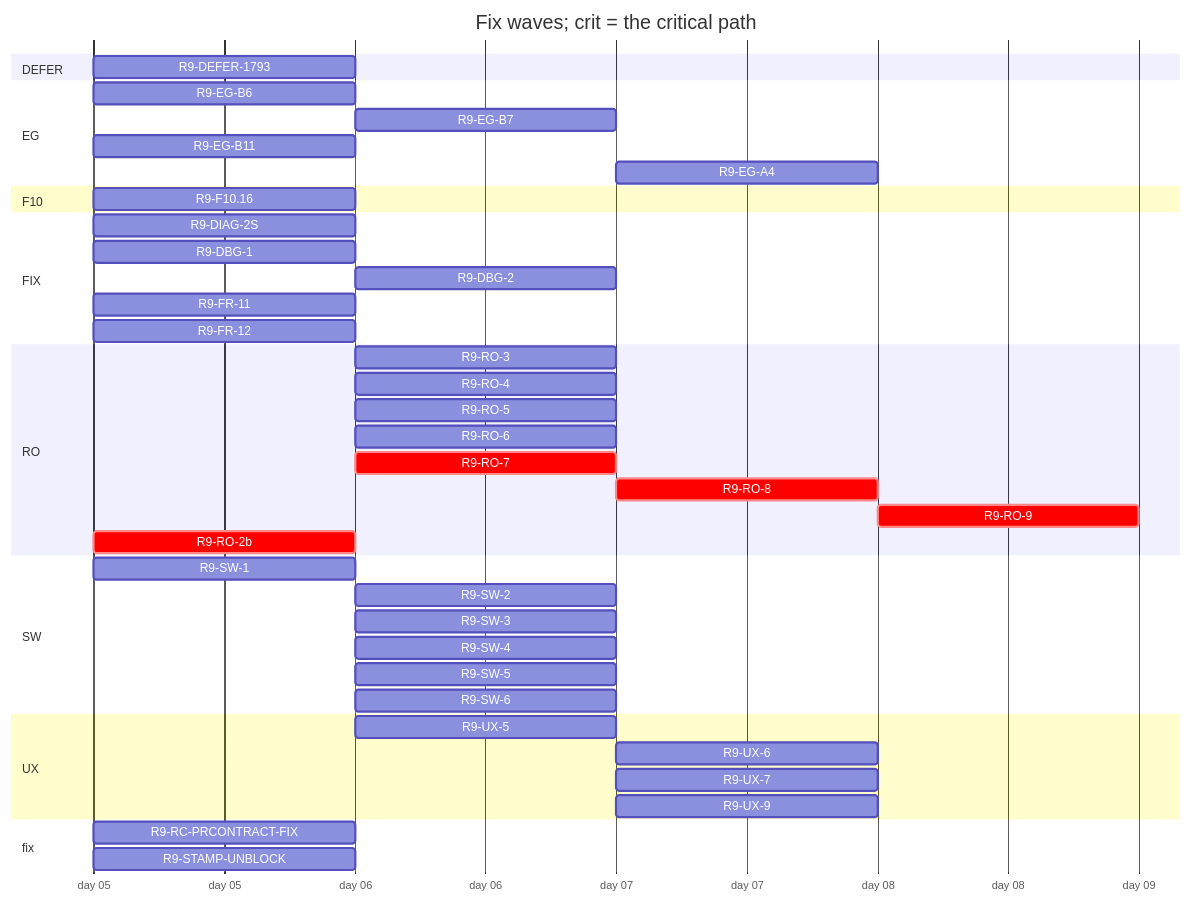
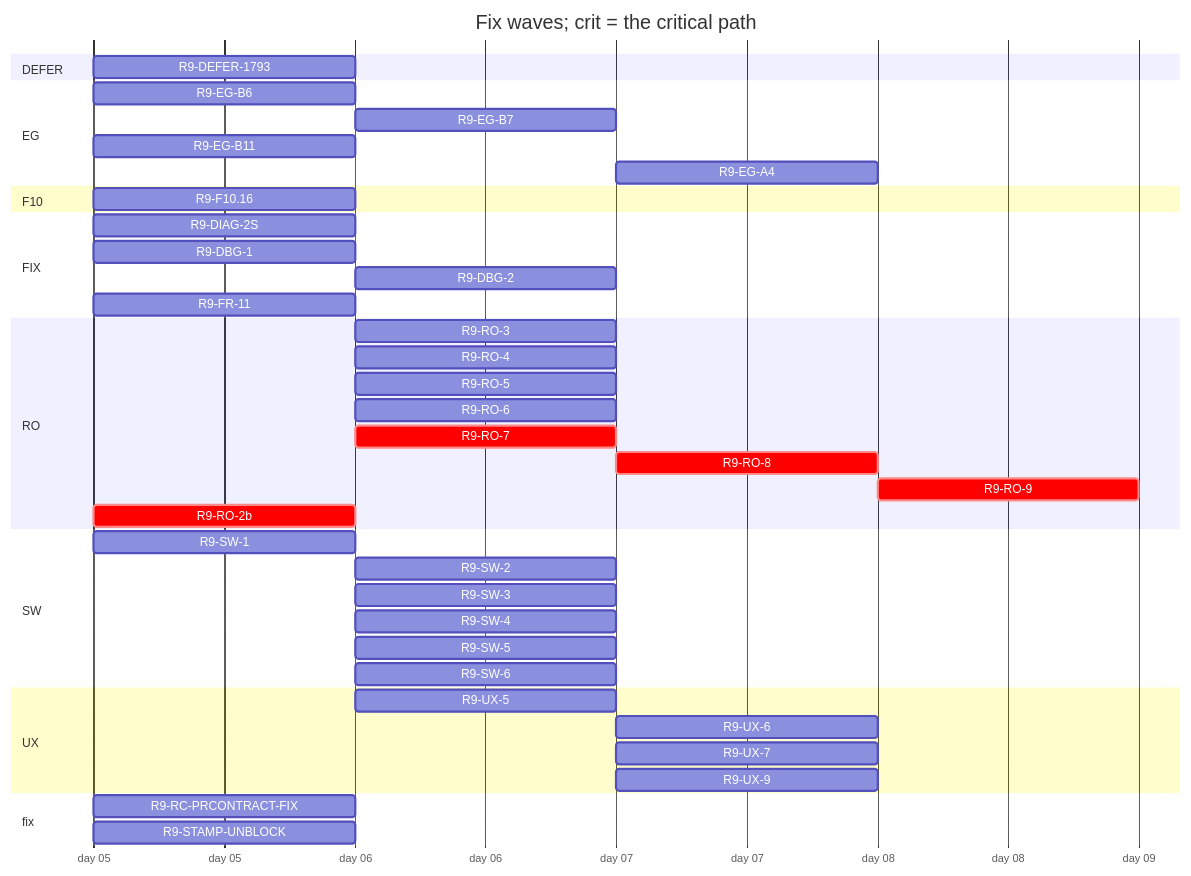
The diagram in handoff/round9/state/PLAN-TABLE.md (tvofi/heatpump_optimizer), drawn with Mermaid before and after one commit. The commit also changed other lines of this file and 2 other files, not shown here.

Commit message:
state: resume regenerated after the 2026-10-06 roster beat

````diff
--- a/handoff/round9/state/PLAN-TABLE.md
+++ b/handoff/round9/state/PLAN-TABLE.md
@@ -21,45 +21,44 @@
 ```mermaid
 gantt
   title Fix waves; crit = the critical path
   dateFormat YYYY-MM-DD
   axisFormat day %d
   section DEFER
     R9-DEFER-1793 :r9DEFER1793, 2026-01-05, 1d
   section EG
     R9-EG-B6 :r9EGB6, 2026-01-05, 1d
     R9-EG-B7 :r9EGB7, after r9EGB6, 1d
     R9-EG-B11 :r9EGB11, 2026-01-05, 1d
     R9-EG-A4 :r9EGA4, after r9EGB7 r9EGB11, 1d
   section F10
     R9-F10.16 :r9F1016, 2026-01-05, 1d
   section FIX
     R9-DIAG-2S :r9DIAG2S, 2026-01-05, 1d
     R9-DBG-1 :r9DBG1, 2026-01-05, 1d
     R9-DBG-2 :r9DBG2, after r9DBG1, 1d
     R9-FR-11 :r9FR11, 2026-01-05, 1d
-    R9-FR-12 :r9FR12, 2026-01-05, 1d
   section RO
     R9-RO-3 :r9RO3, after r9RO2b, 1d
     R9-RO-4 :r9RO4, after r9RO2b, 1d
     R9-RO-5 :r9RO5, after r9RO2b, 1d
-    R9-RO-6 :r9RO6, after r9RO2b r9FR11 r9FR12, 1d
+    R9-RO-6 :r9RO6, after r9RO2b r9FR11, 1d
     R9-RO-7 :crit, r9RO7, after r9RO2b, 1d
     R9-RO-8 :crit, r9RO8, after r9RO2b r9RO7, 1d
     R9-RO-9 :crit, r9RO9, after r9RO3 r9RO4 r9RO5 r9RO6 r9RO8 r9EGA4 r9SW4 r9UX5 r9UX6 r9UX7, 1d
     R9-RO-2b :crit, r9RO2b, 2026-01-05, 1d
   section SW
     R9-SW-1 :r9SW1, 2026-01-05, 1d
     R9-SW-2 :r9SW2, after r9SW1 r9EGB6, 1d
     R9-SW-3 :r9SW3, after r9SW1, 1d
     R9-SW-4 :r9SW4, after r9SW1, 1d
     R9-SW-5 :r9SW5, after r9EGB6, 1d
     R9-SW-6 :r9SW6, after r9SW1, 1d
   section UX
     R9-UX-5 :r9UX5, after r9EGB6 r9SW1, 1d
     R9-UX-6 :r9UX6, after r9EGB7 r9EGB11 r9UX5, 1d
     R9-UX-7 :r9UX7, after r9EGB6 r9EGB11 r9UX5, 1d
     R9-UX-9 :r9UX9, after r9SW6, 1d
   section fix
     R9-RC-PRCONTRACT-FIX :r9RCPRCONTRACTFIX, 2026-01-05, 1d
     R9-STAMP-UNBLOCK :r9STAMPUNBLOCK, 2026-01-05, 1d
 ```
````
